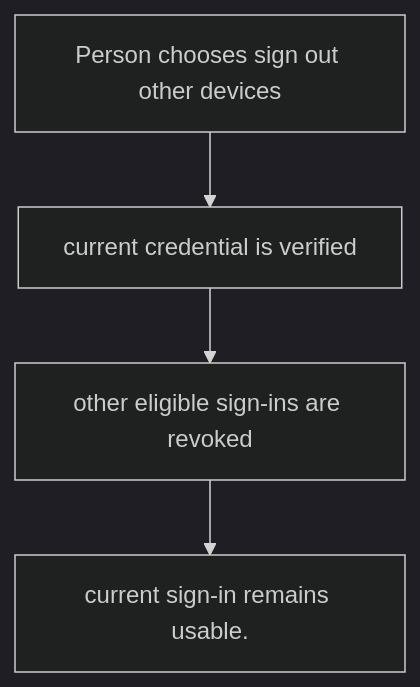
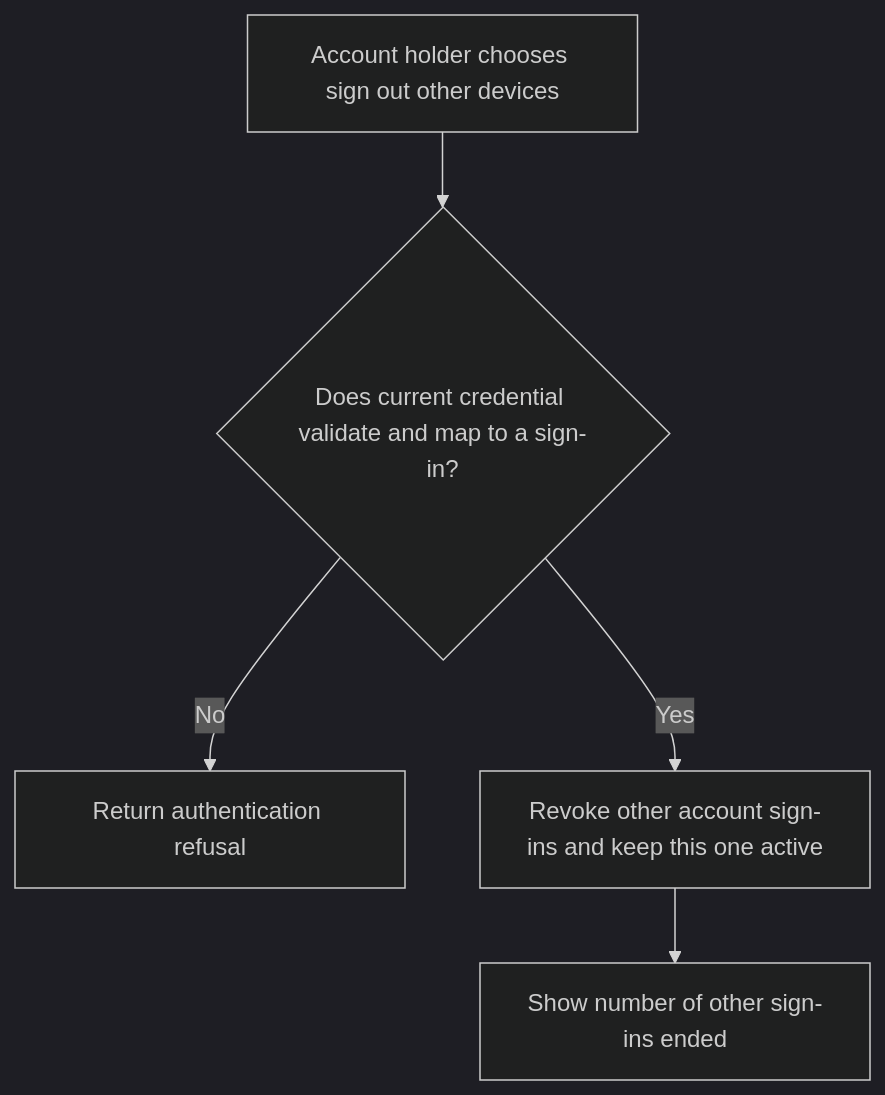
The first of 2 diagrams in user-stories/US-ACCOUNT-16-revoke-other-devices.md (Kevinjohn/oss-adonisjs-account-kit), drawn with Mermaid (dark theme) before and after one commit. The commit also changed other lines of this file and 9 other files, not shown here.

````diff
--- a/user-stories/US-ACCOUNT-16-revoke-other-devices.md
+++ b/user-stories/US-ACCOUNT-16-revoke-other-devices.md
@@ -20,10 +18,7 @@
 ```mermaid
 flowchart TD
-    U0["Person chooses sign out other devices"]
-    U1["current credential is verified"]
-    U0 --> U1
-    U2["other eligible sign-ins are revoked"]
-    U1 --> U2
-    U3["current sign-in remains usable."]
-    U2 --> U3
+ A["Account holder chooses sign out other devices"] --> B{"Does current credential validate and map to a sign-in?"}
+ B -->|No| C["Return authentication refusal"]
+ B -->|Yes| D["Revoke other account sign-ins and keep this one active"]
+ D --> E["Show number of other sign-ins ended"]
 ```
````
